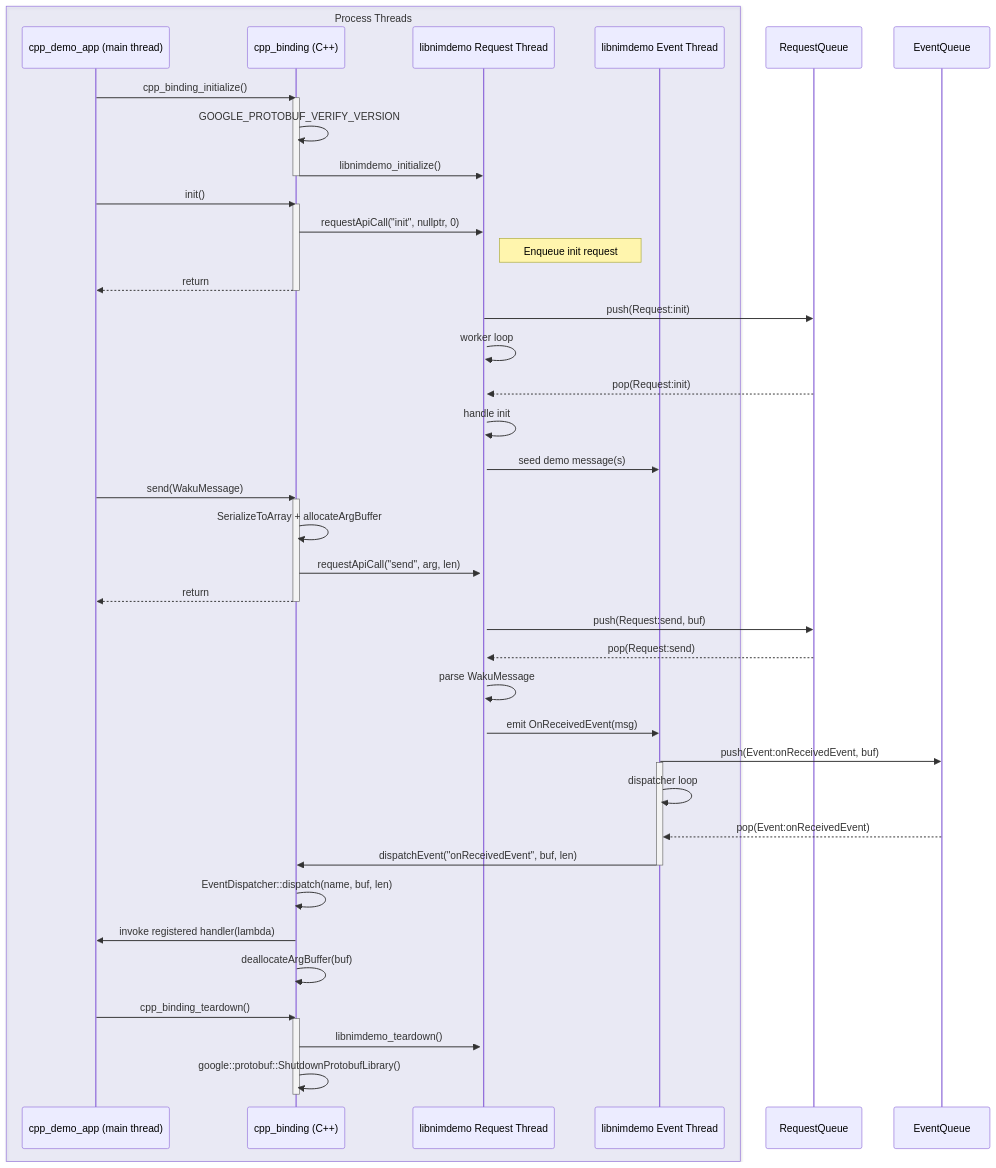
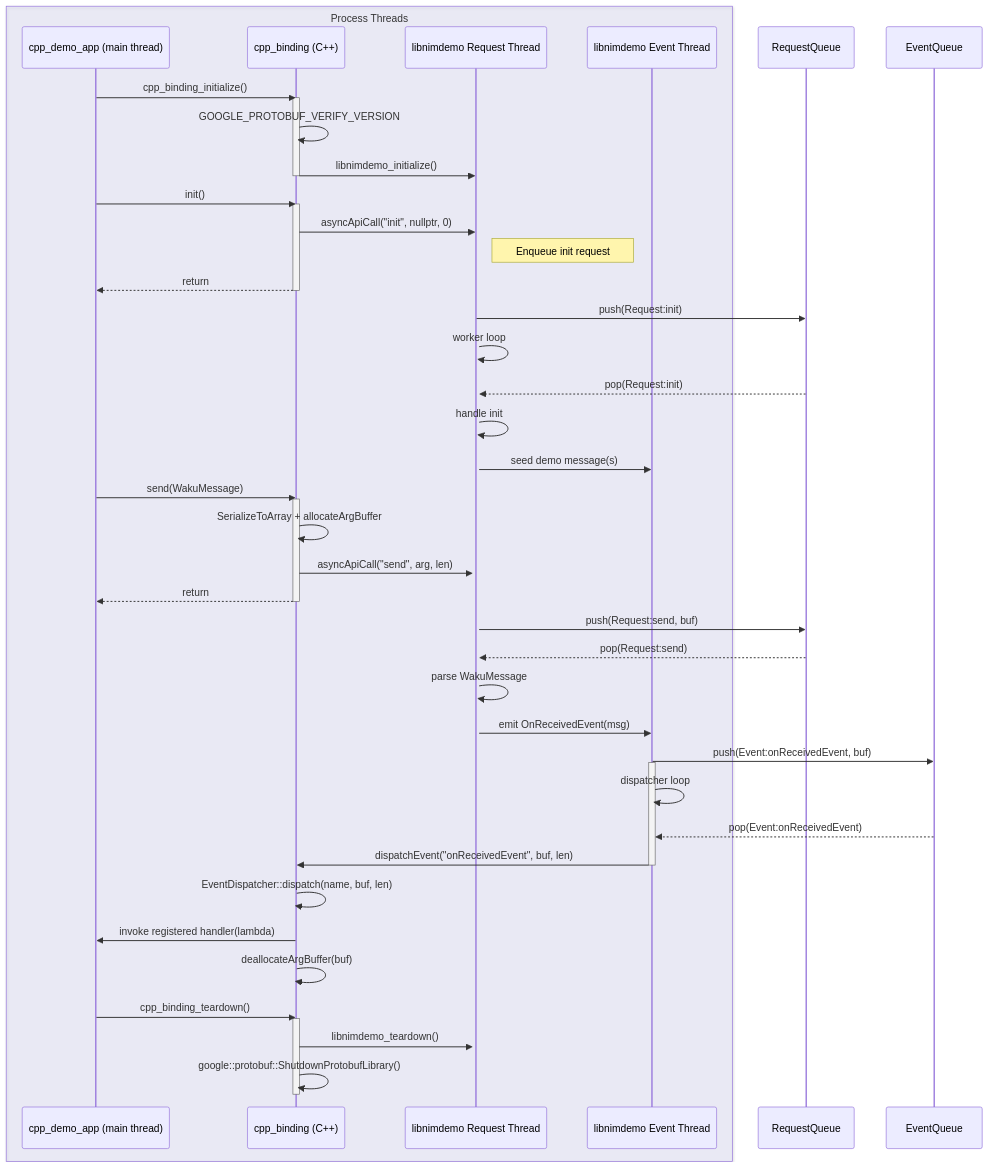
One commit to NagyZoltanPeter/nim-binding-demo changed the diagram in README.md. Above: the diagram before and after it, drawn with Mermaid. The commit also changed 13 other files, not shown here.

````diff
--- a/README.md
+++ b/README.md
@@ -93,69 +93,69 @@
 ```mermaid
 sequenceDiagram
 	%% Participants
 	box rgba(200,200,255,0.2) Process Threads
 	participant CPP as cpp_demo_app (main thread)
 	participant CppBind as cpp_binding (C++)
 	participant NimReq as libnimdemo Request Thread
 	participant NimEvt as libnimdemo Event Thread
 	end
 	participant Qreq as RequestQueue
 	participant Qevt as EventQueue
 
 	%% Startup
 	CPP->>CppBind: cpp_binding_initialize()
 	activate CppBind
 	CppBind->>CppBind: GOOGLE_PROTOBUF_VERIFY_VERSION
 	CppBind->>NimReq: libnimdemo_initialize()
 	deactivate CppBind
 
 	%% App init call
 	CPP->>CppBind: init()
 	activate CppBind
-	CppBind->>NimReq: requestApiCall("init", nullptr, 0)
+	CppBind->>NimReq: asyncApiCall("init", nullptr, 0)
 	Note right of NimReq: Enqueue init request
 	CppBind-->>CPP: return
 	deactivate CppBind
 	NimReq->>Qreq: push(Request:init)
 
 	%% Request processing loop
 	activate NimReq
 	NimReq->>NimReq: worker loop
 	Qreq-->>NimReq: pop(Request:init)
 	NimReq->>NimReq: handle init
 	NimReq->>NimEvt: seed demo message(s)
 
 	%% Send message from app
 	CPP->>CppBind: send(WakuMessage)
 	activate CppBind
 	CppBind->>CppBind: SerializeToArray + allocateArgBuffer
-	CppBind->>NimReq: requestApiCall("send", arg, len)
+	CppBind->>NimReq: asyncApiCall("send", arg, len)
 	CppBind-->>CPP: return
 	deactivate CppBind
 	NimReq->>Qreq: push(Request:send, buf)
 
 	%% Request:send processing
 	Qreq-->>NimReq: pop(Request:send)
 	NimReq->>NimReq: parse WakuMessage
 	NimReq->>NimEvt: emit OnReceivedEvent(msg)
 
 	%% Event dispatching
 	NimEvt->>Qevt: push(Event:onReceivedEvent, buf)
 	activate NimEvt
 	NimEvt->>NimEvt: dispatcher loop
 	Qevt-->>NimEvt: pop(Event:onReceivedEvent)
 	NimEvt->>CppBind: dispatchEvent("onReceivedEvent", buf, len)
 	deactivate NimEvt
 
 	%% Callback invocation on app thread
 	CppBind->>CppBind: EventDispatcher::dispatch(name, buf, len)
 	CppBind->>CPP: invoke registered handler(lambda)
 	CppBind->>CppBind: deallocateArgBuffer(buf)
 
 	%% Teardown
 	CPP->>CppBind: cpp_binding_teardown()
 	activate CppBind
 	CppBind->>NimReq: libnimdemo_teardown()
 	CppBind->>CppBind: google::protobuf::ShutdownProtobufLibrary()
 	deactivate CppBind
 ```
````
